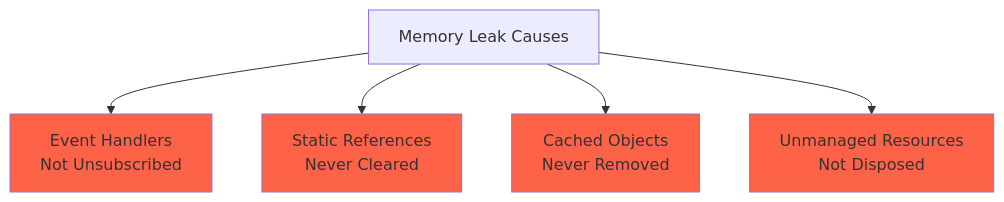
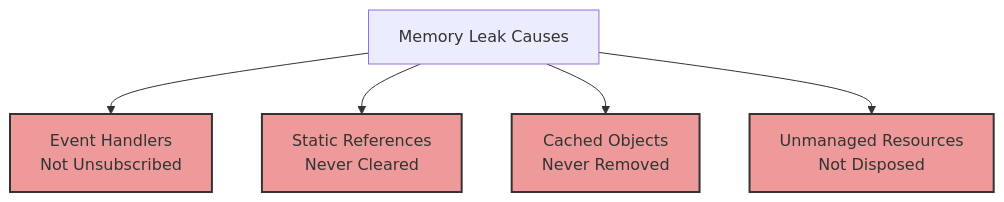
Before and after one commit to NguyenPhamCode4You/ai-home-lab-docker-compose: the seventh of 7 diagrams in C# fundamentals/day02-memory-gc.md, drawn with Mermaid. The commit also changed other lines of this file and 10 other files, not shown here.

````diff
--- a/C# fundamentals/day02-memory-gc.md
+++ b/C# fundamentals/day02-memory-gc.md
@@ -614,12 +614,12 @@
 ```mermaid
 graph TD
     A[Memory Leak Causes] --> B[Event Handlers<br/>Not Unsubscribed]
     A --> C[Static References<br/>Never Cleared]
     A --> D[Cached Objects<br/>Never Removed]
     A --> E[Unmanaged Resources<br/>Not Disposed]
 
-    style B fill:#FF6347
-    style C fill:#FF6347
-    style D fill:#FF6347
-    style E fill:#FF6347
+    style B fill:#ef9a9a,stroke:#333,stroke-width:2px
+    style C fill:#ef9a9a,stroke:#333,stroke-width:2px
+    style D fill:#ef9a9a,stroke:#333,stroke-width:2px
+    style E fill:#ef9a9a,stroke:#333,stroke-width:2px
 ```
````
